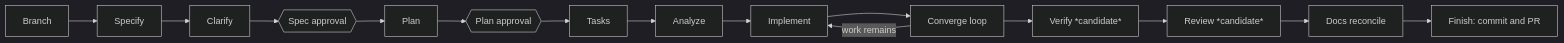
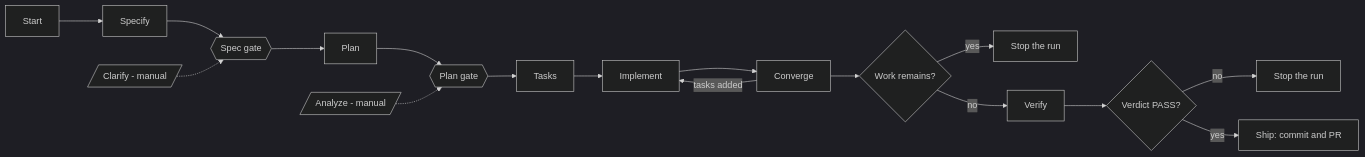
One commit to vishalkhondre/speckit-aisdlc changed the first of 4 diagrams in docs/wiki/Product-Overview.md. Above: the diagram before and after it, drawn with Mermaid (dark theme). The commit also changed other lines of this file and 8 other files, not shown here.

````diff
--- a/docs/wiki/Product-Overview.md
+++ b/docs/wiki/Product-Overview.md
@@ -20,9 +25,14 @@
 ```mermaid
 flowchart LR
-    A[Branch] --> B[Specify] --> C[Clarify] --> G1{{Spec approval}}
-    G1 --> D[Plan] --> G2{{Plan approval}} --> E[Tasks] --> F[Analyze]
-    F --> H[Implement] --> I[Converge loop]
-    I -->|work remains| H
-    I --> J[Verify *candidate*] --> K[Review *candidate*]
-    K --> L[Docs reconcile] --> M[Finish: commit and PR]
+    A[Start] --> B[Specify] --> G1{{Spec gate}}
+    G1 --> C[Plan] --> G2{{Plan gate}}
+    G2 --> D[Tasks] --> E[Implement] --> F[Converge]
+    F -->|tasks added| E
+    F --> R{Work remains?}
+    R -->|yes| X1[Stop the run]
+    R -->|no| V[Verify] --> P{Verdict PASS?}
+    P -->|no| X2[Stop the run]
+    P -->|yes| S[Ship: commit and PR]
+    CL[/Clarify - manual/] -.-> G1
+    AN[/Analyze - manual/] -.-> G2
 ```
````
